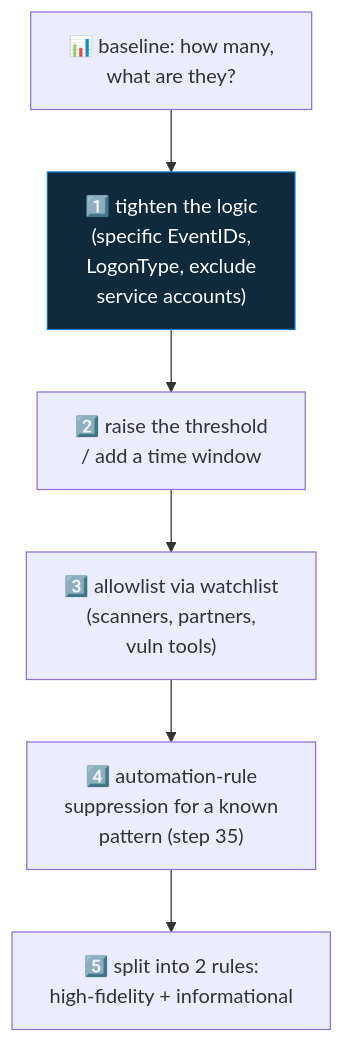
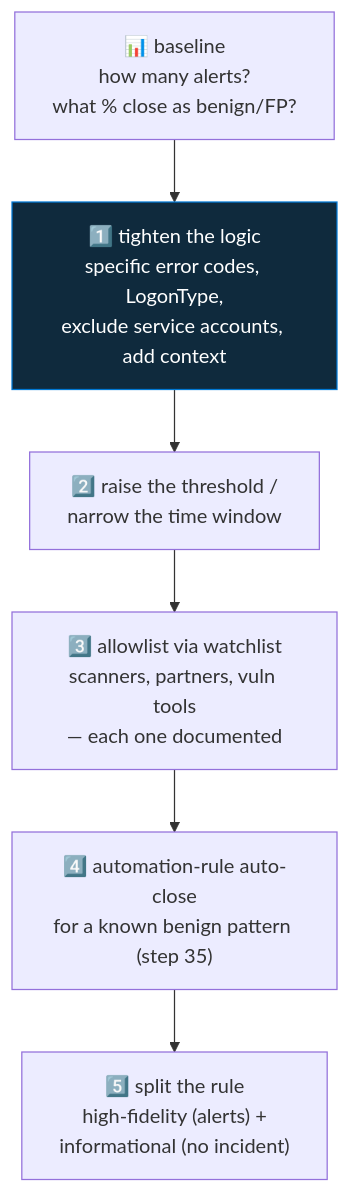
The diagram in 26-tuning-a-noisy-rule/README.md (Tarun2000AD/microsoft-sentinel-live-learning), drawn with Mermaid before and after one commit. The commit also changed other lines of this file, not shown here.

First line of the commit message:
Deepen step 26 (tuning a noisy rule): precision not count, the 5-rung ladder by transparency, TP canary

````diff
--- a/26-tuning-a-noisy-rule/README.md
+++ b/26-tuning-a-noisy-rule/README.md
@@ -32,9 +53,9 @@
 ```mermaid
 flowchart TD
-    A["📊 baseline: how many,<br/>what are they?"] --> B["1️⃣ tighten the logic<br/>(specific EventIDs,<br/>LogonType, exclude<br/>service accounts)"]
-    B --> C["2️⃣ raise the threshold<br/>/ add a time window"]
-    C --> D["3️⃣ allowlist via watchlist<br/>(scanners, partners,<br/>vuln tools)"]
-    D --> E["4️⃣ automation-rule<br/>suppression for a known<br/>pattern (step 35)"]
-    E --> F["5️⃣ split into 2 rules:<br/>high-fidelity + informational"]
+    A["📊 baseline<br/>how many alerts?<br/>what % close as benign/FP?"] --> B["1️⃣ tighten the logic<br/>specific error codes, LogonType,<br/>exclude service accounts, add context"]
+    B --> C["2️⃣ raise the threshold /<br/>narrow the time window"]
+    C --> D["3️⃣ allowlist via watchlist<br/>scanners, partners, vuln tools<br/>— each one documented"]
+    D --> E["4️⃣ automation-rule auto-close<br/>for a known benign pattern (step 35)"]
+    E --> F["5️⃣ split the rule<br/>high-fidelity (alerts) +<br/>informational (no incident)"]
     style B fill:#0f2a3d,stroke:#0078D4,color:#fff
 ```
````
